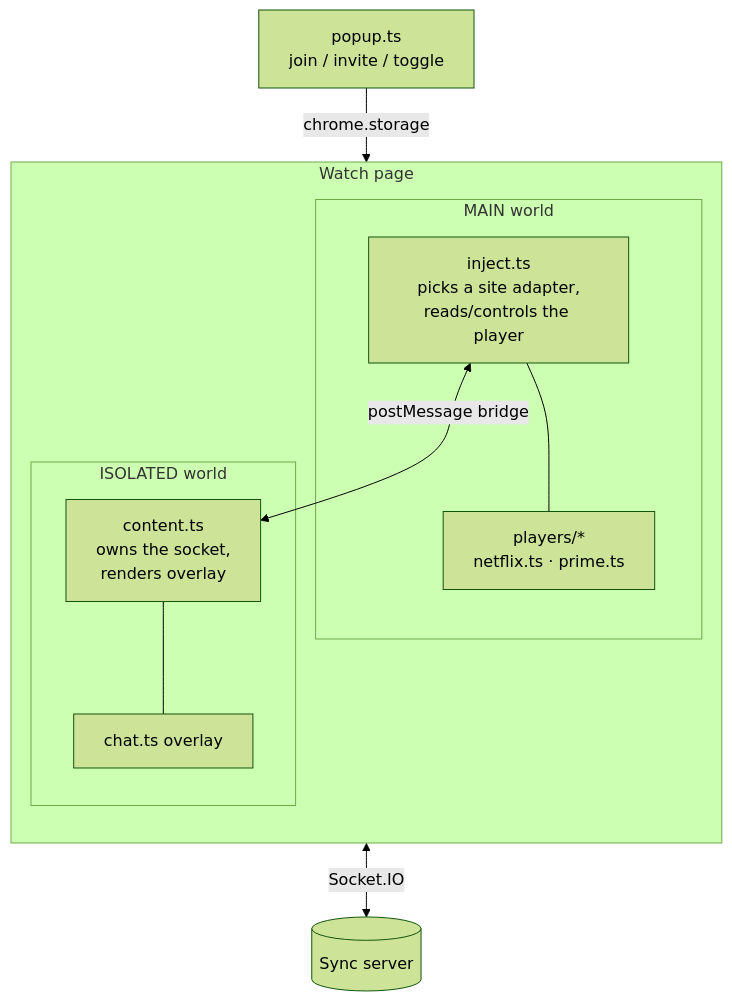
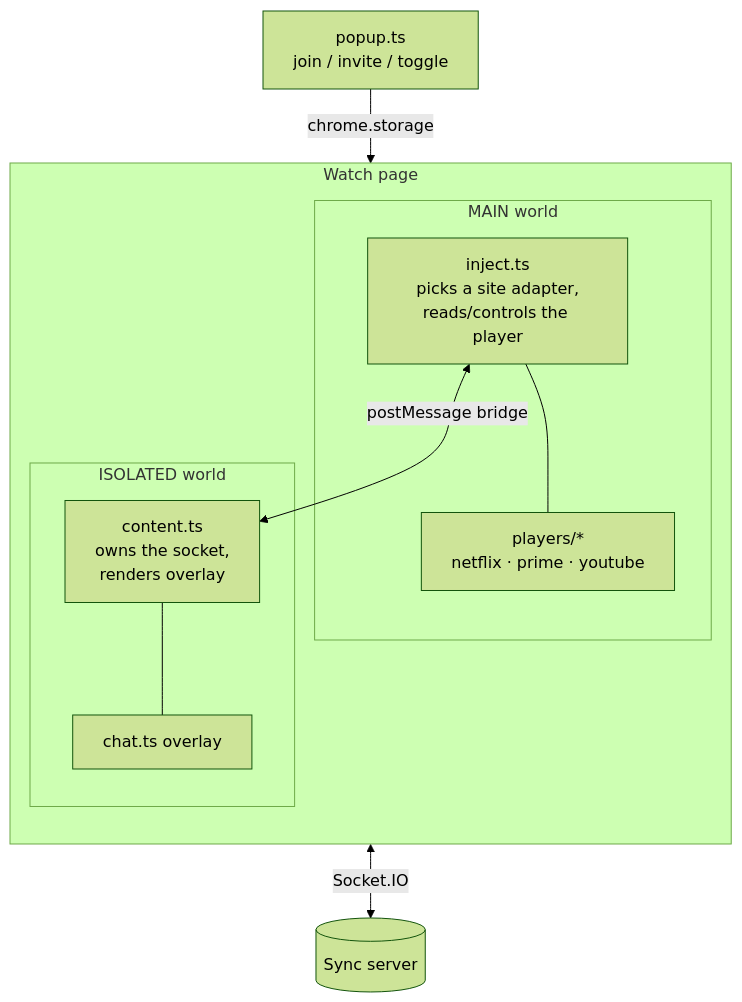
Before and after one commit to nkc-137/watchparty: the third of 3 diagrams in README.md, drawn with Mermaid (forest theme). The commit also changed other lines of this file and 5 other files, not shown here.

````diff
--- a/README.md
+++ b/README.md
@@ -207,19 +207,19 @@
 ```mermaid
 flowchart TB
     subgraph page["Watch page"]
         direction TB
         subgraph main["MAIN world"]
             inject["inject.ts<br/>picks a site adapter,<br/>reads/controls the player"]
-            adapters["players/*<br/>netflix.ts · prime.ts"]
+            adapters["players/*<br/>netflix · prime · youtube"]
             inject --- adapters
         end
         subgraph iso["ISOLATED world"]
             content["content.ts<br/>owns the socket,<br/>renders overlay"]
             chat["chat.ts overlay"]
             content --- chat
         end
         inject <-->|postMessage bridge| content
     end
     popup["popup.ts<br/>join / invite / toggle"] -->|chrome.storage| content
     content <-->|Socket.IO| server[("Sync server")]
 ```
````
